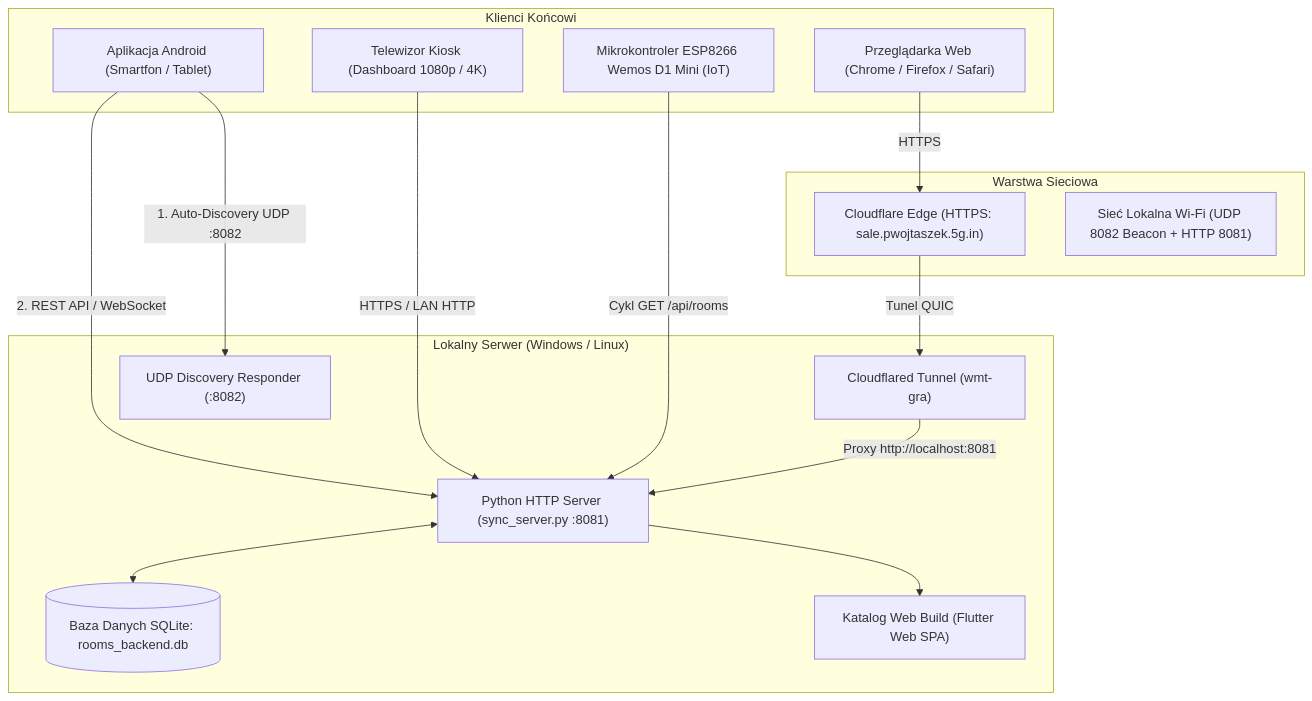
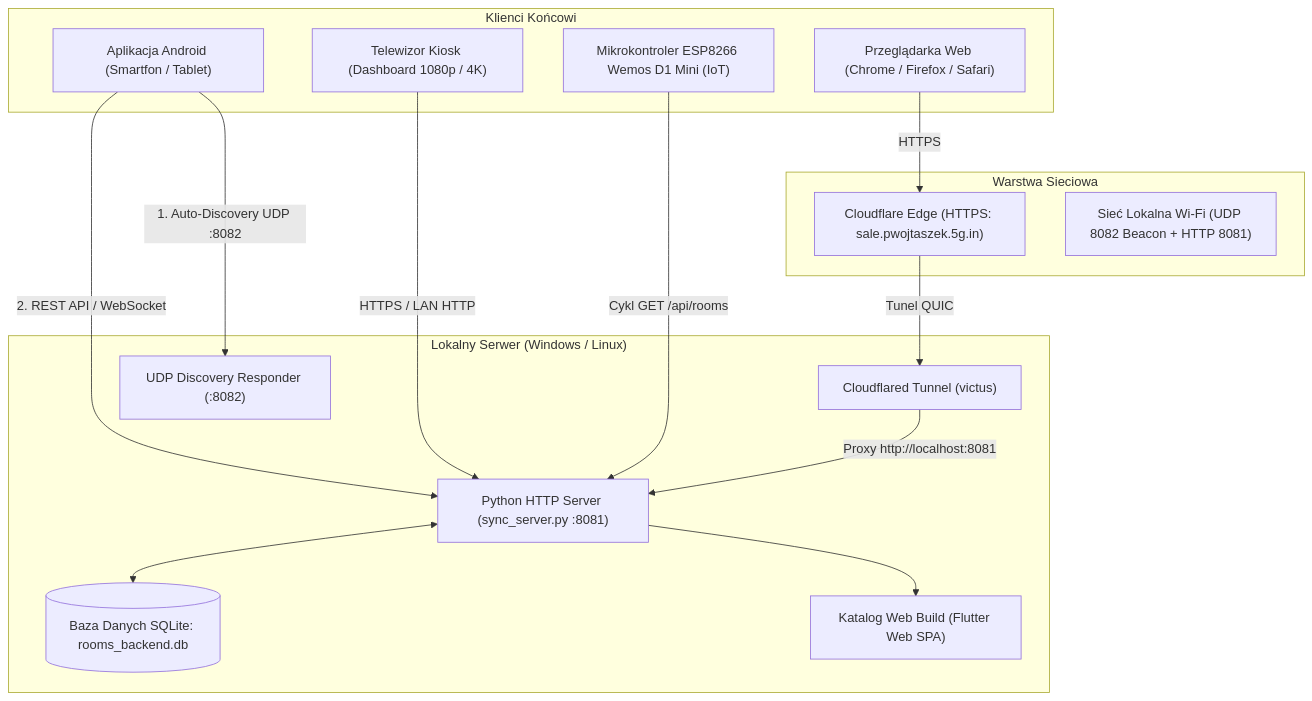
The diagram in AI_CODEBASE_SUMMARY.md (OverrLoss/DostepnoscSal_Projekt), drawn with Mermaid before and after one commit. The commit also changed other lines of this file and 3 other files, not shown here.

````diff
--- a/AI_CODEBASE_SUMMARY.md
+++ b/AI_CODEBASE_SUMMARY.md
@@ -35,34 +35,34 @@
 ```mermaid
 flowchart TD
     subgraph Klienci ["Klienci Końcowi"]
         WebBrowser["Przeglądarka Web (Chrome / Firefox / Safari)"]
         AndroidApp["Aplikacja Android (Smartfon / Tablet)"]
         TvKiosk["Telewizor Kiosk (Dashboard 1080p / 4K)"]
         EspDevice["Mikrokontroler ESP8266 Wemos D1 Mini (IoT)"]
     end
 
     subgraph Siec ["Warstwa Sieciowa"]
         Cloudflare["Cloudflare Edge (HTTPS: sale.pwojtaszek.5g.in)"]
         LocalWifi["Sieć Lokalna Wi-Fi (UDP 8082 Beacon + HTTP 8081)"]
     end
 
     subgraph SerwerLokalny ["Lokalny Serwer (Windows / Linux)"]
-        CFTunnel["Cloudflared Tunnel (wmt-gra)"]
+        CFTunnel["Cloudflared Tunnel (victus)"]
         PythonServer["Python HTTP Server (sync_server.py :8081)"]
         UdpBeacon["UDP Discovery Responder (:8082)"]
         SqliteDB[("Baza Danych SQLite: rooms_backend.db")]
         WebBuildDir["Katalog Web Build (Flutter Web SPA)"]
     end
 
     AndroidApp -->|1. Auto-Discovery UDP :8082| UdpBeacon
     AndroidApp -->|2. REST API / WebSocket| PythonServer
     WebBrowser -->|HTTPS| Cloudflare
     TvKiosk -->|HTTPS / LAN HTTP| PythonServer
     EspDevice -->|Cykl GET /api/rooms| PythonServer
     
     Cloudflare -->|Tunel QUIC| CFTunnel
     CFTunnel -->|Proxy http://localhost:8081| PythonServer
     
     PythonServer <--> SqliteDB
     PythonServer --> WebBuildDir
 ```
````
